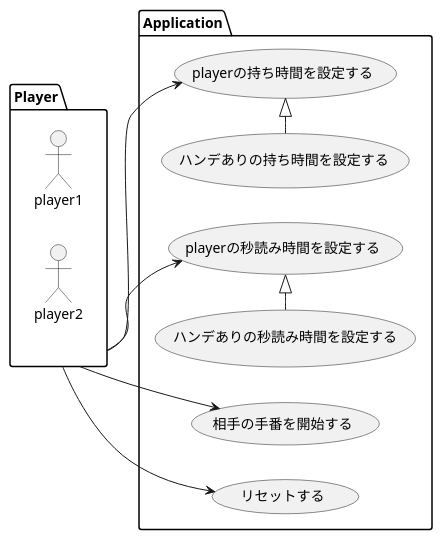
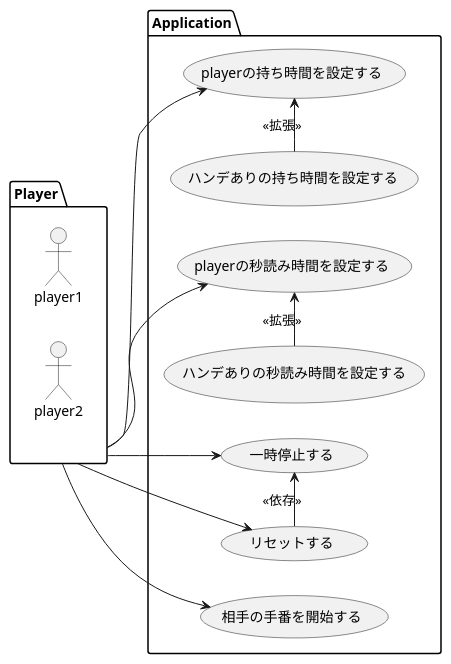
Before and after one commit to hiratashinnya/ChessClock: the diagram in docs/02_Usecase.md, drawn with PlantUML.

Commit message:
ユースケース図の修正
一時停止機能の追加漏れを修正

````diff
--- a/docs/02_Usecase.md
+++ b/docs/02_Usecase.md
@@ -10,30 +10,34 @@
 ```plantuml
 @startuml
 left to right direction
 
 package Player {
  actor player1 as p1
  actor player2 as p2
 }
 package Application {
   usecase "playerの持ち時間を設定する" as UC1
   usecase "playerの秒読み時間を設定する" as UC2
 
   usecase "ハンデありの持ち時間を設定する" as UC1_1
   usecase "ハンデありの秒読み時間を設定する" as UC2_1
 
   usecase "相手の手番を開始する" as UC3
-  usecase "リセットする" as UC4
+  usecase "一時停止する" as UC4
+  usecase "リセットする" as UC5
   
 }
 
 Player --> UC1
 Player --> UC2
 Player --> UC3
 Player --> UC4
+Player --> UC5
 
-UC1_1 -|> UC1
-UC2_1 -|> UC2
+UC1_1 -> UC1 : <<拡張>>
+UC2_1 -> UC2 : <<拡張>>
+
+UC4 <- UC5 : <<依存>>
 
 @enduml
 ```
````
